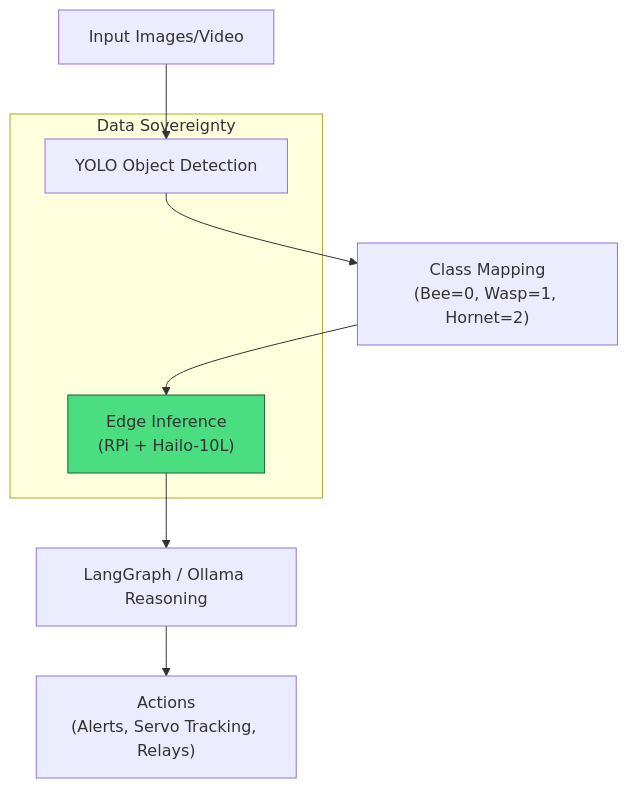
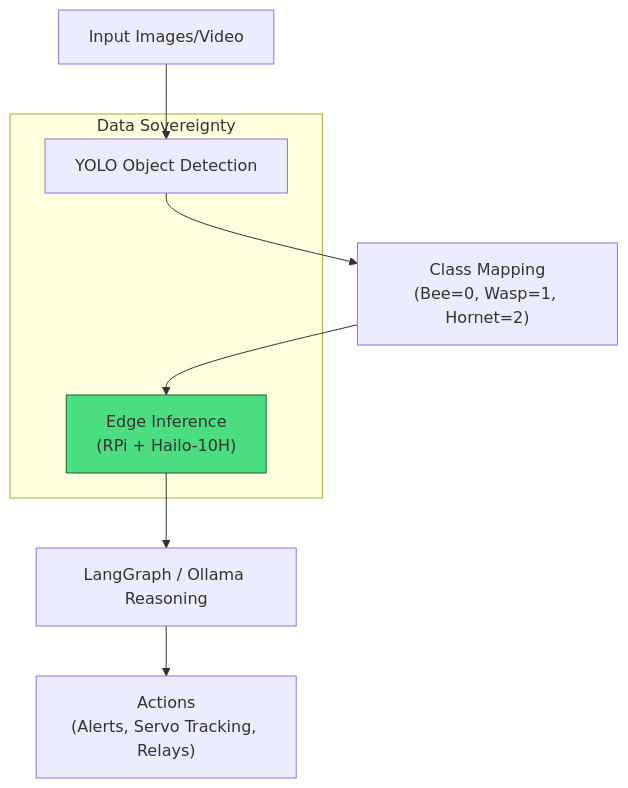
The diagram in coastal-alpine-stack/Sting-Operation-AI/README.md (fivepanelhat/coastal-alpine-stack), drawn with Mermaid before and after one commit. The commit also changed other lines of this file and 10 other files, not shown here.

````diff
--- a/coastal-alpine-stack/Sting-Operation-AI/README.md
+++ b/coastal-alpine-stack/Sting-Operation-AI/README.md
@@ -105,15 +105,15 @@
 ```mermaid
 flowchart TD
     A["Input Images/Video"] --> B["YOLO Object Detection"]
     B --> C["Class Mapping<br/>(Bee=0, Wasp=1, Hornet=2)"]
-    C --> D["Edge Inference<br/>(RPi + Hailo-10L)"]
+    C --> D["Edge Inference<br/>(RPi + Hailo-10H)"]
     D --> E["LangGraph / Ollama Reasoning"]
     E --> F["Actions<br/>(Alerts, Servo Tracking, Relays)"]
     
     subgraph "Data Sovereignty"
         B
         D
     end
     
     style D fill:#4ade80,stroke:#166534
 ```
````
